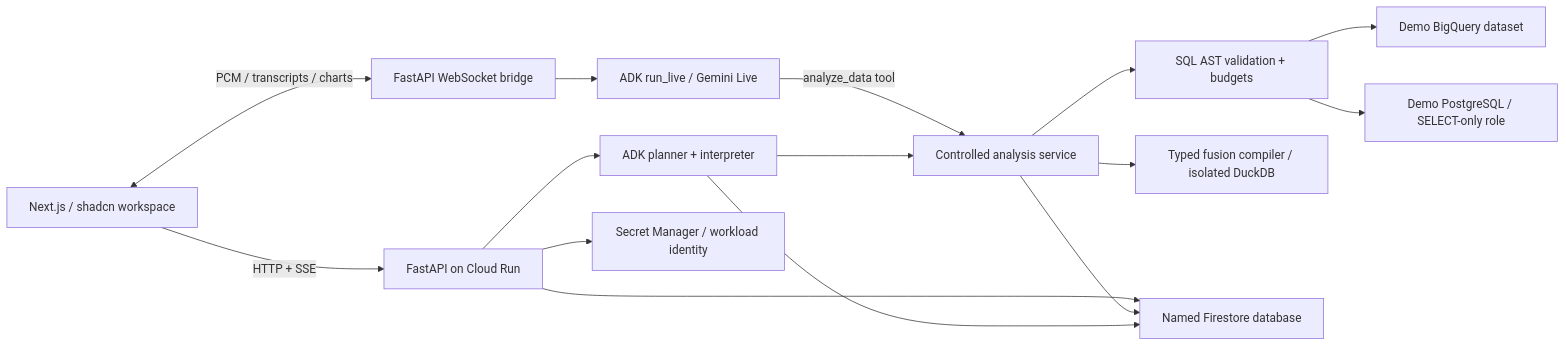
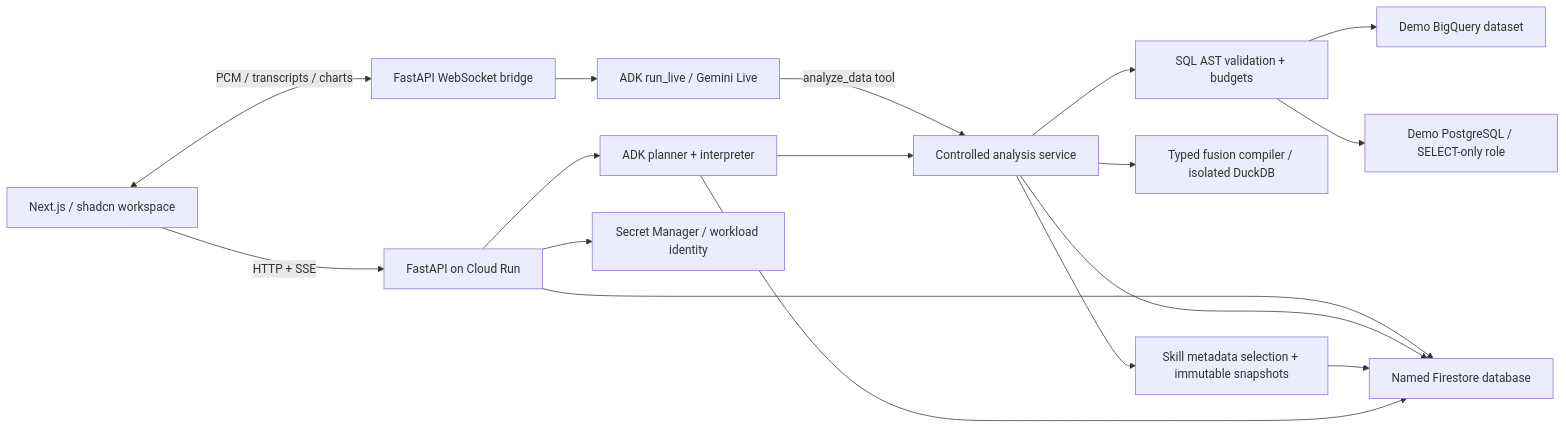
One commit to RusiruChathushanaka/querylane-agentic-bi changed the diagram in docs/architecture.md. Above: the diagram before and after it, drawn with Mermaid. The commit also changed other lines of this file and 53 other files, not shown here.

````diff
--- a/docs/architecture.md
+++ b/docs/architecture.md
@@ -3,17 +3,19 @@
 ```mermaid
 flowchart LR
     Browser[Next.js / shadcn workspace] -->|HTTP + SSE| API[FastAPI on Cloud Run]
     Browser <-->|PCM / transcripts / charts| Voice[FastAPI WebSocket bridge]
     API --> ADK[ADK planner + interpreter]
     Voice --> Live[ADK run_live / Gemini Live]
     Live -->|analyze_data tool| Analysis[Controlled analysis service]
     ADK --> Analysis
     Analysis --> Guard[SQL AST validation + budgets]
     Guard --> BQ[Demo BigQuery dataset]
     Guard --> PG[Demo PostgreSQL / SELECT-only role]
     Analysis --> Fusion[Typed fusion compiler / isolated DuckDB]
     API --> Store[Named Firestore database]
     Analysis --> Store
+    Analysis --> Skills[Skill metadata selection + immutable snapshots]
+    Skills --> Store
     ADK --> Store
     API --> Secrets[Secret Manager / workload identity]
 ```
````
